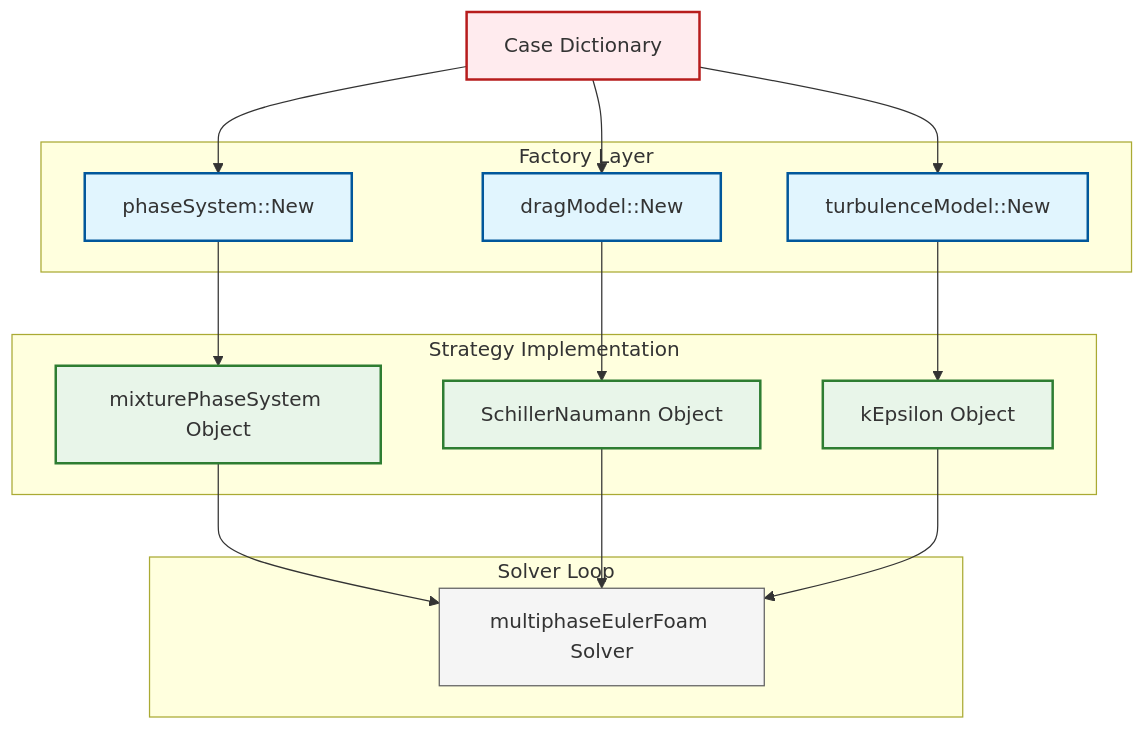
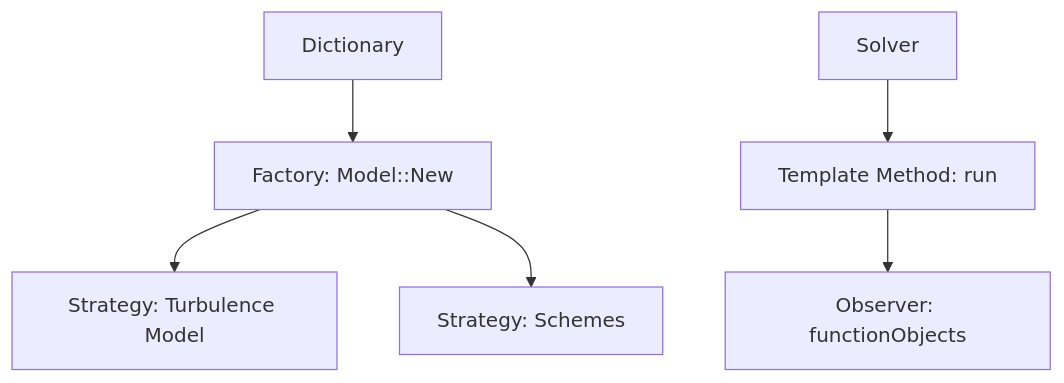
Before and after one commit to wramet/build-my-cfd: the diagram in MODULE_09_ADVANCED_TOPICS/CONTENT/03_DESIGN_PATTERNS/04_Pattern_Synergy.md, drawn with Mermaid. The commit also changed other lines of this file and 384 other files, not shown here.

````diff
--- a/MODULE_09_ADVANCED_TOPICS/CONTENT/03_DESIGN_PATTERNS/04_Pattern_Synergy.md
+++ b/MODULE_09_ADVANCED_TOPICS/CONTENT/03_DESIGN_PATTERNS/04_Pattern_Synergy.md
@@ -126,34 +65,8 @@
 ```mermaid
 flowchart TD
-classDef implicit fill:#e1f5fe,stroke:#01579b,stroke-width:2px
-classDef explicit fill:#ffebee,stroke:#b71c1c,stroke-width:2px
-classDef success fill:#e8f5e9,stroke:#2e7d32,stroke-width:2px
-classDef context fill:#f5f5f5,stroke:#616161,stroke-width:1px
-A[Case Dictionary]:::explicit --> B[phaseSystem::New]:::implicit
-A --> C[dragModel::New]:::implicit
-A --> D[turbulenceModel::New]:::implicit
-
-subgraph Factory["Factory Layer"]
-    B
-    C
-    D
-end
-
-B --> E[mixturePhaseSystem Object]:::success
-C --> F[SchillerNaumann Object]:::success
-D --> G[kEpsilon Object]:::success
-
-subgraph Strategy["Strategy Implementation"]
-    E
-    F
-    G
-end
-
-E --> H[multiphaseEulerFoam Solver]:::context
-F --> H
-G --> H
-
-subgraph Solver["Solver Loop"]
-    H
-end
+    A[Dictionary] --> B[Factory: Model::New]
+    B --> C[Strategy: Turbulence Model]
+    B --> D[Strategy: Schemes]
+    E[Solver] --> F[Template Method: run]
+    F --> G[Observer: functionObjects]
 ```
````
